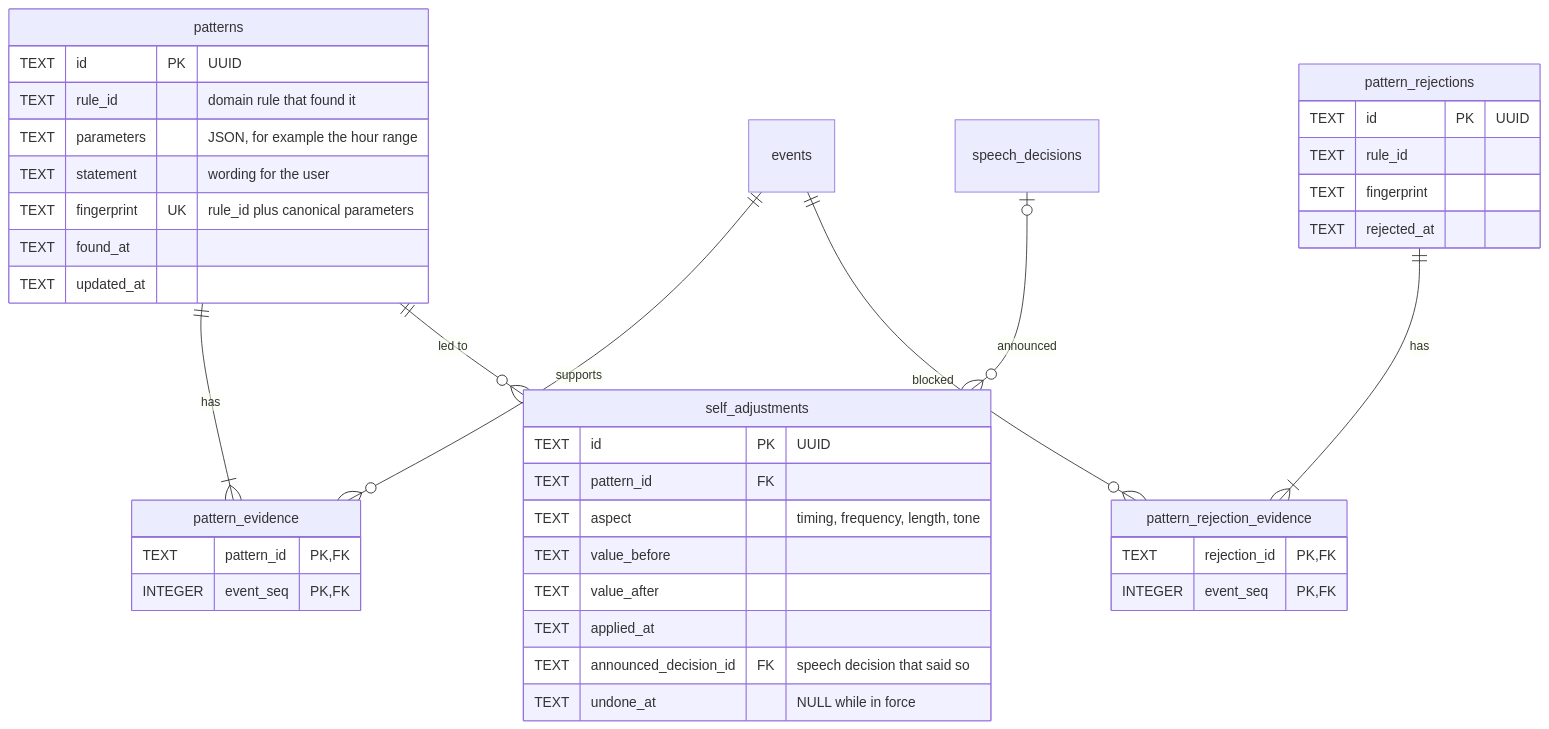
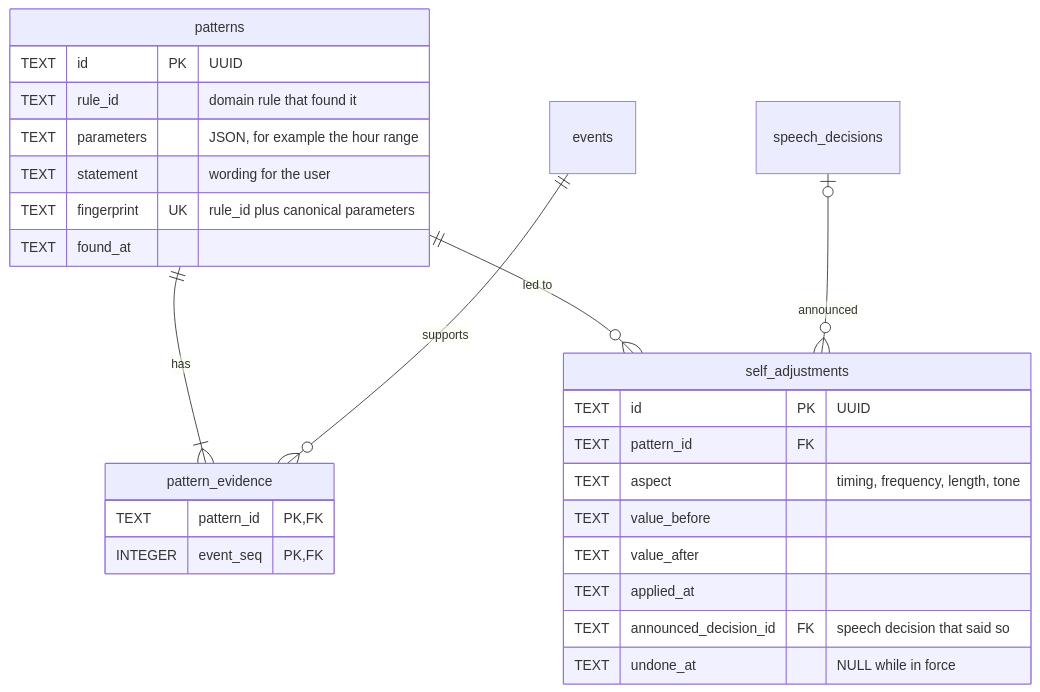
The seventh of 10 diagrams in docs/ERD.md (NguyenVu04/cognia), drawn with Mermaid before and after one commit. The commit also changed other lines of this file and 40 other files, not shown here.

````diff
--- a/docs/ERD.md
+++ b/docs/ERD.md
@@ -675,42 +707,29 @@
 ```mermaid
 erDiagram
     patterns {
         TEXT id PK "UUID"
         TEXT rule_id "domain rule that found it"
         TEXT parameters "JSON, for example the hour range"
         TEXT statement "wording for the user"
         TEXT fingerprint UK "rule_id plus canonical parameters"
         TEXT found_at
-        TEXT updated_at
     }
     pattern_evidence {
         TEXT pattern_id PK, FK
-        INTEGER event_seq PK, FK
-    }
-    pattern_rejections {
-        TEXT id PK "UUID"
-        TEXT rule_id
-        TEXT fingerprint
-        TEXT rejected_at
-    }
-    pattern_rejection_evidence {
-        TEXT rejection_id PK, FK
         INTEGER event_seq PK, FK
     }
     self_adjustments {
         TEXT id PK "UUID"
         TEXT pattern_id FK
         TEXT aspect "timing, frequency, length, tone"
         TEXT value_before
         TEXT value_after
         TEXT applied_at
         TEXT announced_decision_id FK "speech decision that said so"
         TEXT undone_at "NULL while in force"
     }
     patterns ||--|{ pattern_evidence : "has"
     events ||--o{ pattern_evidence : "supports"
-    pattern_rejections ||--|{ pattern_rejection_evidence : "has"
-    events ||--o{ pattern_rejection_evidence : "blocked"
     patterns ||--o{ self_adjustments : "led to"
     speech_decisions |o--o{ self_adjustments : "announced"
 ```
````
